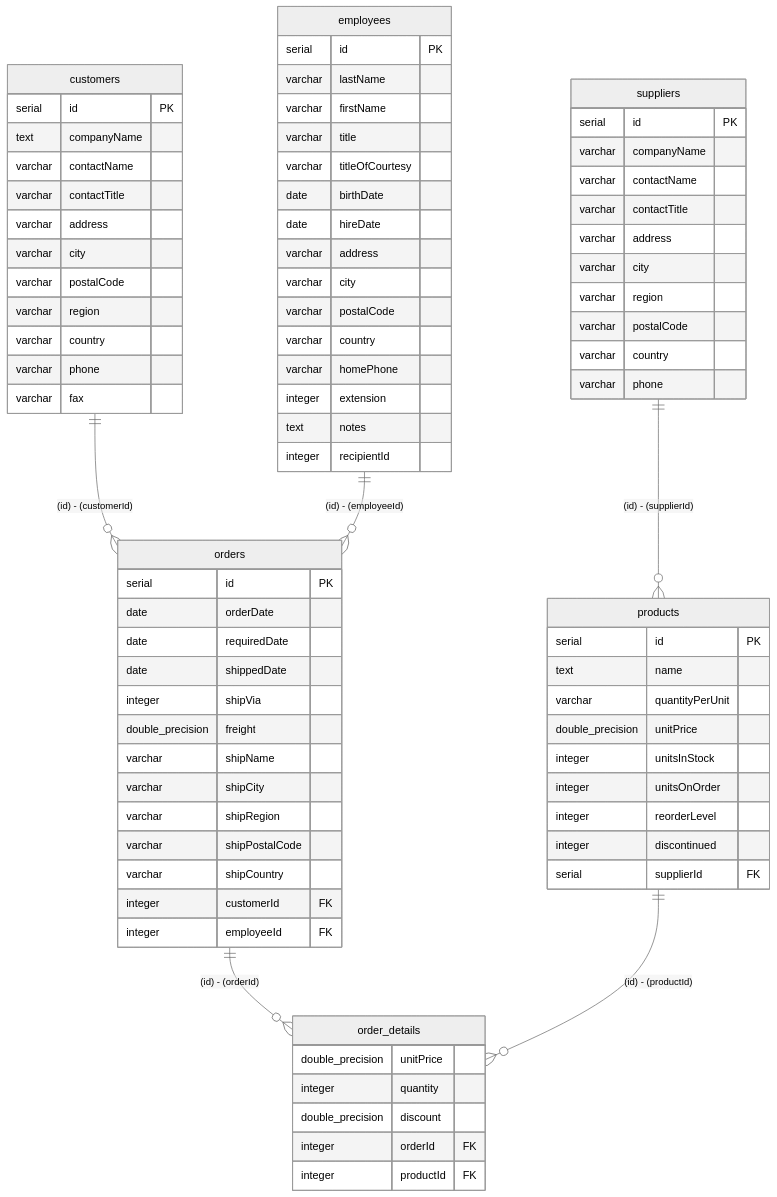
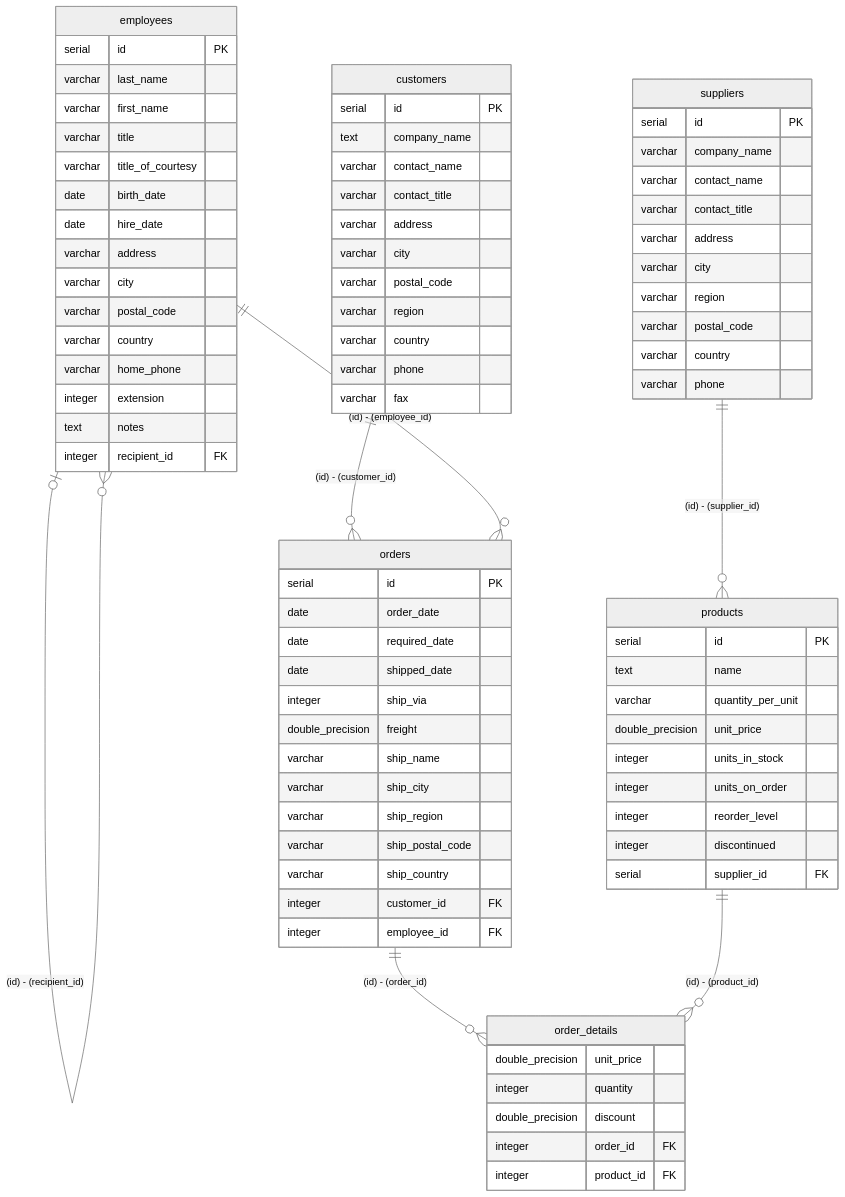
Before and after one commit to nakita628/drizzler-examples: the diagram in apps/drizzle-benchmarks-pg/docs/er.md, drawn with Mermaid (neutral theme). The commit also changed 439 other files, not shown here.

````diff
--- a/apps/drizzle-benchmarks-pg/docs/er.md
+++ b/apps/drizzle-benchmarks-pg/docs/er.md
@@ -1,18 +1,19 @@
 ```mermaid
 erDiagram
-    customers ||--o{ orders : "(id) - (customerId)"
-    employees ||--o{ orders : "(id) - (employeeId)"
-    suppliers ||--o{ products : "(id) - (supplierId)"
-    orders ||--o{ order_details : "(id) - (orderId)"
-    products ||--o{ order_details : "(id) - (productId)"
+    employees |o--o{ employees : "(id) - (recipient_id)"
+    customers ||--o{ orders : "(id) - (customer_id)"
+    employees ||--o{ orders : "(id) - (employee_id)"
+    suppliers ||--o{ products : "(id) - (supplier_id)"
+    orders ||--o{ order_details : "(id) - (order_id)"
+    products ||--o{ order_details : "(id) - (product_id)"
     customers {
         serial id PK
-        text companyName
-        varchar contactName
-        varchar contactTitle
+        text company_name
+        varchar contact_name
+        varchar contact_title
         varchar address
         varchar city
-        varchar postalCode
+        varchar postal_code
         varchar region
         varchar country
         varchar phone
@@ -20,64 +21,64 @@
     }
     employees {
         serial id PK
-        varchar lastName
-        varchar firstName
+        varchar last_name
+        varchar first_name
         varchar title
-        varchar titleOfCourtesy
-        date birthDate
-        date hireDate
+        varchar title_of_courtesy
+        date birth_date
+        date hire_date
         varchar address
         varchar city
-        varchar postalCode
+        varchar postal_code
         varchar country
-        varchar homePhone
+        varchar home_phone
         integer extension
         text notes
-        integer recipientId
+        integer recipient_id FK
     }
     orders {
         serial id PK
-        date orderDate
-        date requiredDate
-        date shippedDate
-        integer shipVia
+        date order_date
+        date required_date
+        date shipped_date
+        integer ship_via
         double_precision freight
-        varchar shipName
-        varchar shipCity
-        varchar shipRegion
-        varchar shipPostalCode
-        varchar shipCountry
-        integer customerId FK
-        integer employeeId FK
+        varchar ship_name
+        varchar ship_city
+        varchar ship_region
+        varchar ship_postal_code
+        varchar ship_country
+        integer customer_id FK
+        integer employee_id FK
     }
     suppliers {
         serial id PK
-        varchar companyName
-        varchar contactName
-        varchar contactTitle
+        varchar company_name
+        varchar contact_name
+        varchar contact_title
         varchar address
         varchar city
         varchar region
-        varchar postalCode
+        varchar postal_code
         varchar country
         varchar phone
     }
     products {
         serial id PK
         text name
-        varchar quantityPerUnit
-        double_precision unitPrice
-        integer unitsInStock
-        integer unitsOnOrder
-        integer reorderLevel
+        varchar quantity_per_unit
+        double_precision unit_price
+        integer units_in_stock
+        integer units_on_order
+        integer reorder_level
         integer discontinued
-        serial supplierId FK
+        serial supplier_id FK
     }
     order_details {
-        double_precision unitPrice
+        double_precision unit_price
         integer quantity
         double_precision discount
-        integer orderId FK
-        integer productId FK
+        integer order_id FK
+        integer product_id FK
     }
 ```
````
